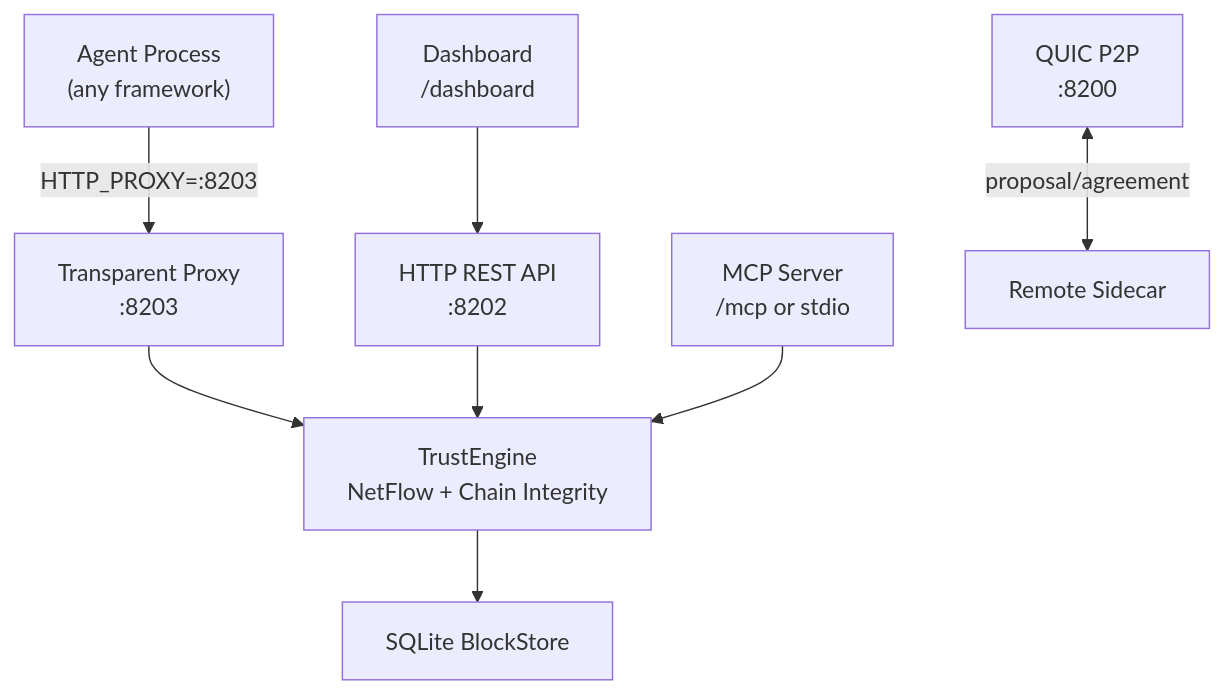
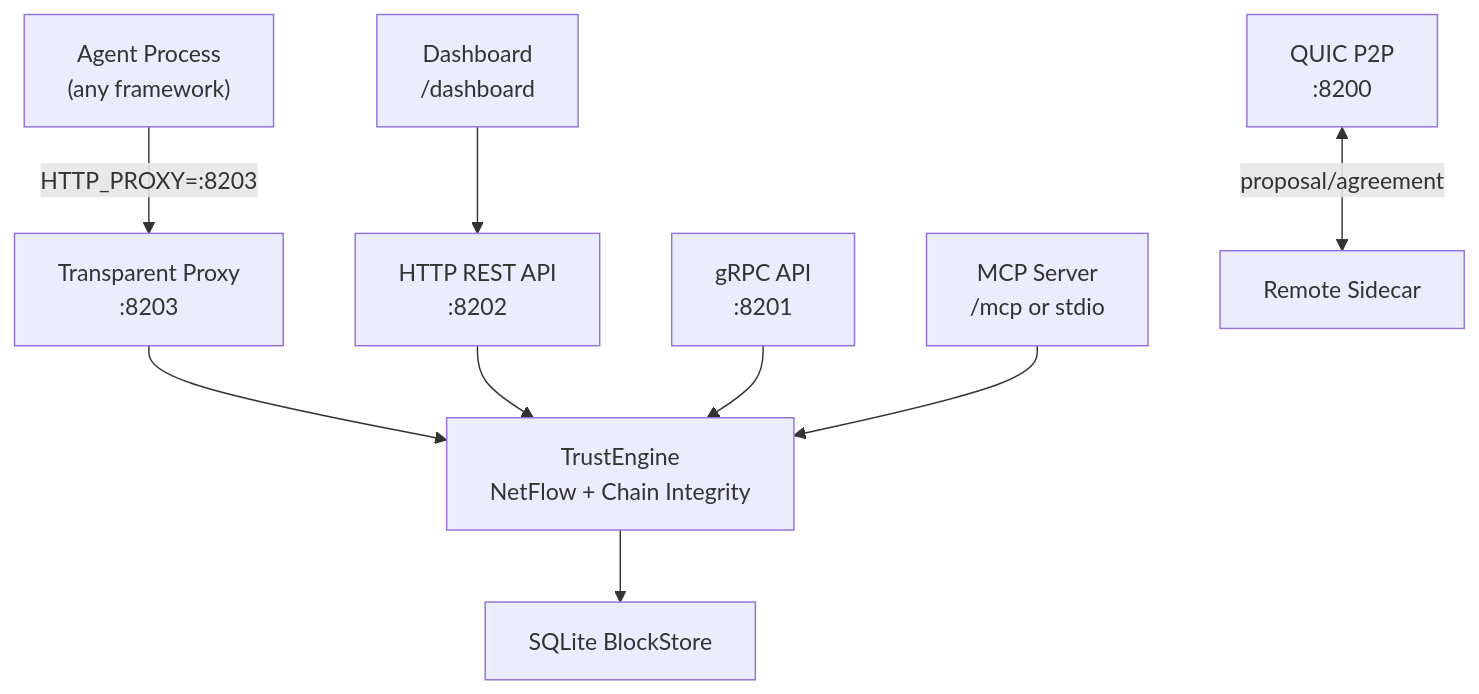
The diagram in README.md (viftode4/trustchain), drawn with Mermaid before and after one commit. The commit also changed other lines of this file, not shown here.

Commit message:
docs: fix trust scoring weights, test count, add gRPC port and endpoints

````diff
--- a/README.md
+++ b/README.md
@@ -72,19 +72,21 @@
 ```mermaid
 graph TD
     Agent["Agent Process\n(any framework)"]
     Proxy["Transparent Proxy\n:8203"]
     HTTP["HTTP REST API\n:8202"]
+    GRPC["gRPC API\n:8201"]
     QUIC["QUIC P2P\n:8200"]
     Dashboard["Dashboard\n/dashboard"]
     MCP["MCP Server\n/mcp or stdio"]
     Core["TrustEngine\nNetFlow + Chain Integrity"]
     Store["SQLite BlockStore"]
 
     Agent -->|HTTP_PROXY=:8203| Proxy
     Proxy --> Core
     HTTP --> Core
+    GRPC --> Core
     Dashboard --> HTTP
     MCP --> Core
     Core --> Store
     QUIC <-->|proposal/agreement| RemoteSidecar["Remote Sidecar"]
 ```
````
